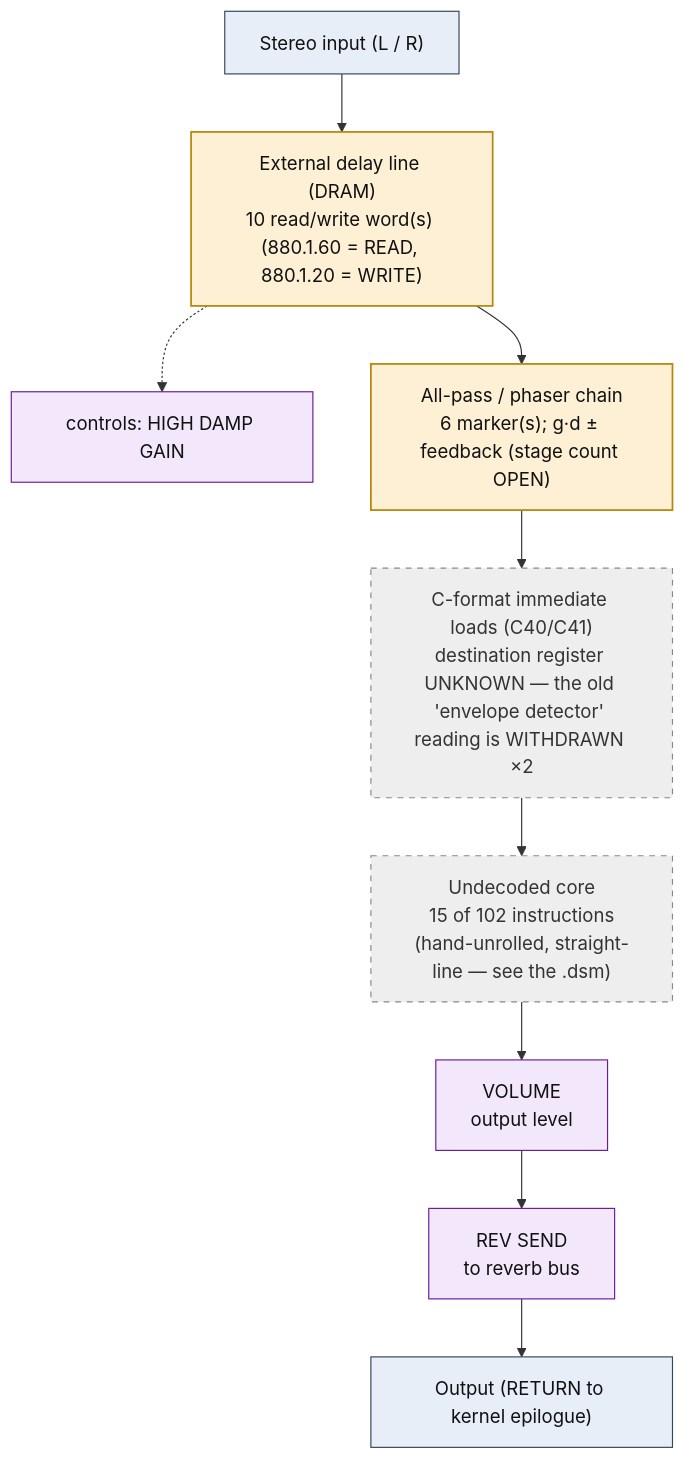
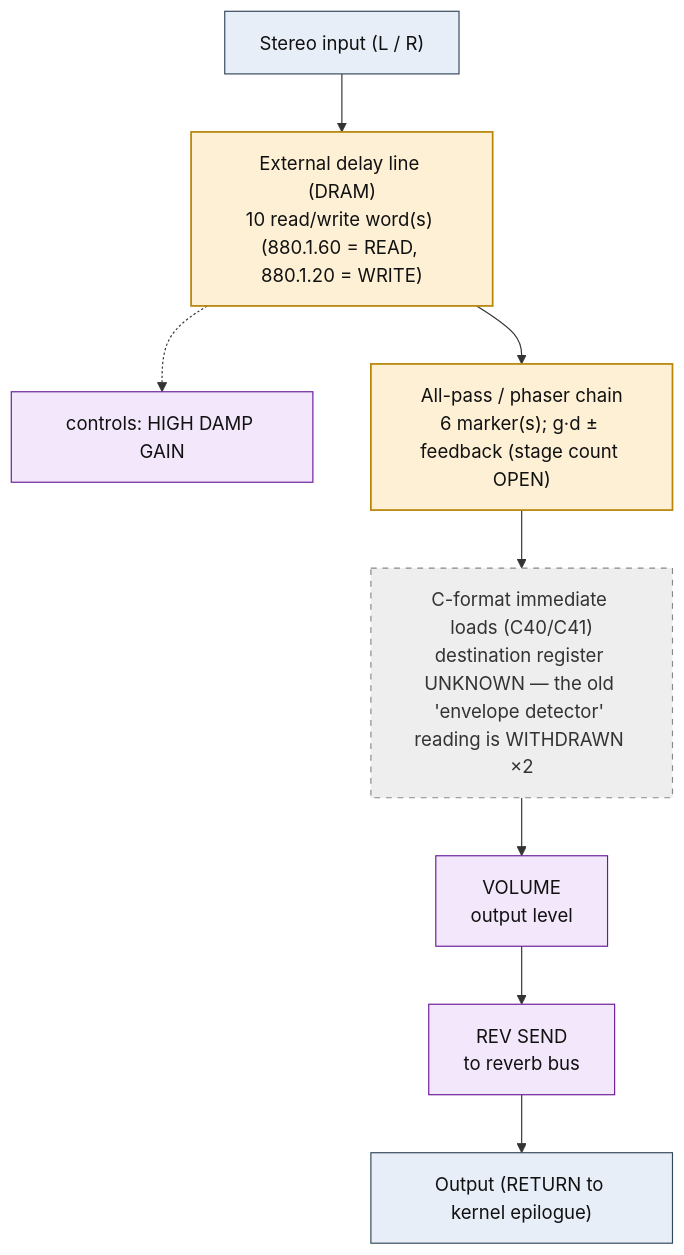
One commit to ArqueologiaDigital/kn5000-roms-disasm changed the diagram in dsp/flowcharts/prog08_gated_reverb.md. Above: the diagram before and after it, drawn with Mermaid. The commit also changed other lines of this file and 39 other files, not shown here.

First line of the commit message:
dsp: annotate all flowcharts with the classic effect topology each shape matches

````diff
--- a/dsp/flowcharts/prog08_gated_reverb.md
+++ b/dsp/flowcharts/prog08_gated_reverb.md
@@ -12,31 +12,29 @@
 ```mermaid
 flowchart TD
     N0["Stereo input (L / R)"]
     N1["External delay line (DRAM)<br/>10 read/write word(s) (880.1.60 = READ, 880.1.20 = WRITE)"]
     N0 --> N1
     N2["controls: HIGH DAMP GAIN"]
     N1 -.-> N2
     N3["All-pass / phaser chain<br/>6 marker(s); g&middot;d &plusmn; feedback (stage count OPEN)"]
     N1 --> N3
     N4["C-format immediate loads (C40/C41)<br/>destination register UNKNOWN &mdash; the old 'envelope detector' reading is WITHDRAWN &times;2"]
     N3 --> N4
-    N5["Undecoded core<br/>15 of 102 instructions<br/>(hand-unrolled, straight-line &mdash; see the .dsm)"]
+    N5["VOLUME<br/>output level"]
     N4 --> N5
-    N6["VOLUME<br/>output level"]
+    N6["REV SEND<br/>to reverb bus"]
     N5 --> N6
-    N7["REV SEND<br/>to reverb bus"]
+    N7["Output (RETURN to kernel epilogue)"]
     N6 --> N7
-    N8["Output (RETURN to kernel epilogue)"]
-    N7 --> N8
 
     classDef io fill:#e8eef7,stroke:#33475b,stroke-width:1px,color:#111;
     classDef proven fill:#d7f0d7,stroke:#2e7d32,stroke-width:2px,color:#111;
     classDef measured fill:#dbe9fb,stroke:#1565c0,stroke-width:1.5px,color:#111;
     classDef inferred fill:#fdf0d5,stroke:#b8860b,stroke-width:1.5px,color:#111;
     classDef open fill:#eeeeee,stroke:#888,stroke-width:1px,color:#333,stroke-dasharray:5 5;
     classDef ctrl fill:#f3e8fb,stroke:#6a1b9a,stroke-width:1px,color:#111;
-    class N0,N8 io;
+    class N0,N7 io;
     class N1,N3 inferred;
-    class N2,N6,N7 ctrl;
-    class N4,N5 open;
+    class N2,N5,N6 ctrl;
+    class N4 open;
 ```
````
